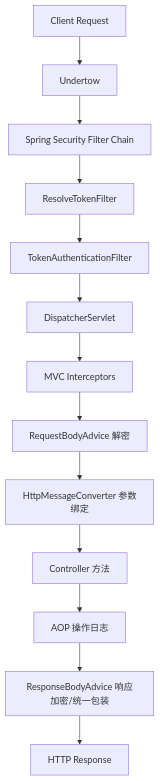
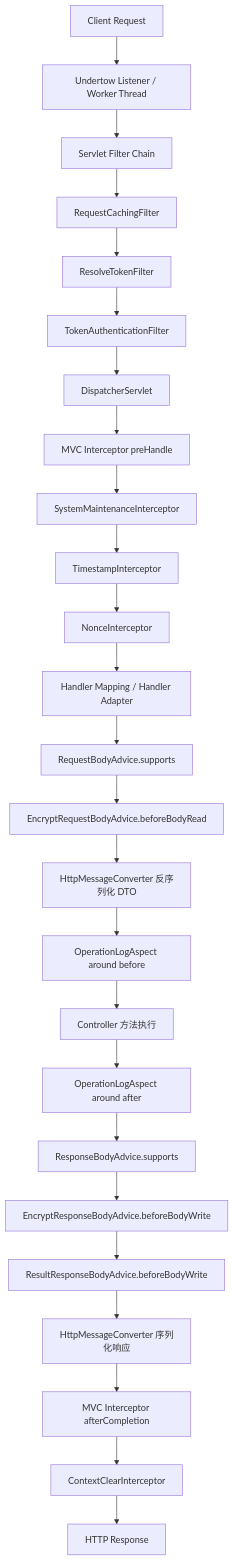
Before and after one commit to xiaojie-security/springboot3-template: the first of 6 diagrams in README.md, drawn with Mermaid. The commit also changed other lines of this file, not shown here.

````diff
--- a/README.md
+++ b/README.md
@@ -18,15 +20,27 @@
 ```mermaid
 flowchart TD
-    A[Client Request] --> B[Undertow]
-    B --> C[Spring Security Filter Chain]
-    C --> D[ResolveTokenFilter]
-    D --> E[TokenAuthenticationFilter]
-    E --> F[DispatcherServlet]
-    F --> G[MVC Interceptors]
-    G --> H[RequestBodyAdvice 解密]
-    H --> I[HttpMessageConverter 参数绑定]
-    I --> J[Controller 方法]
-    J --> K[AOP 操作日志]
-    K --> L[ResponseBodyAdvice 响应加密/统一包装]
-    L --> M[HTTP Response]
+    A["Client Request"] --> B["Undertow Listener / Worker Thread"]
+    B --> C["Servlet Filter Chain"]
+    C --> C1["RequestCachingFilter"]
+    C1 --> C2["ResolveTokenFilter"]
+    C2 --> C3["TokenAuthenticationFilter"]
+    C3 --> D["DispatcherServlet"]
+    D --> E["MVC Interceptor preHandle"]
+    E --> E1["SystemMaintenanceInterceptor"]
+    E1 --> E2["TimestampInterceptor"]
+    E2 --> E3["NonceInterceptor"]
+    E3 --> F["Handler Mapping / Handler Adapter"]
+    F --> G["RequestBodyAdvice.supports"]
+    G --> H["EncryptRequestBodyAdvice.beforeBodyRead"]
+    H --> I["HttpMessageConverter 反序列化 DTO"]
+    I --> J["OperationLogAspect around before"]
+    J --> K["Controller 方法执行"]
+    K --> L["OperationLogAspect around after"]
+    L --> M["ResponseBodyAdvice.supports"]
+    M --> N["EncryptResponseBodyAdvice.beforeBodyWrite"]
+    N --> O["ResultResponseBodyAdvice.beforeBodyWrite"]
+    O --> P["HttpMessageConverter 序列化响应"]
+    P --> Q["MVC Interceptor afterCompletion"]
+    Q --> Q1["ContextClearInterceptor"]
+    Q1 --> R["HTTP Response"]
 ```
````
